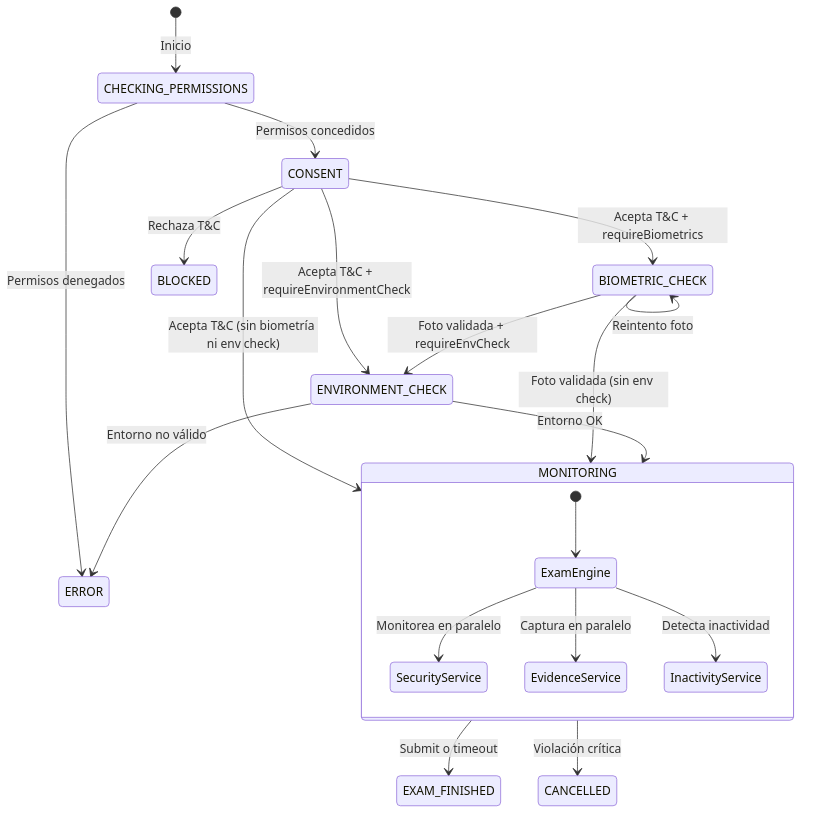
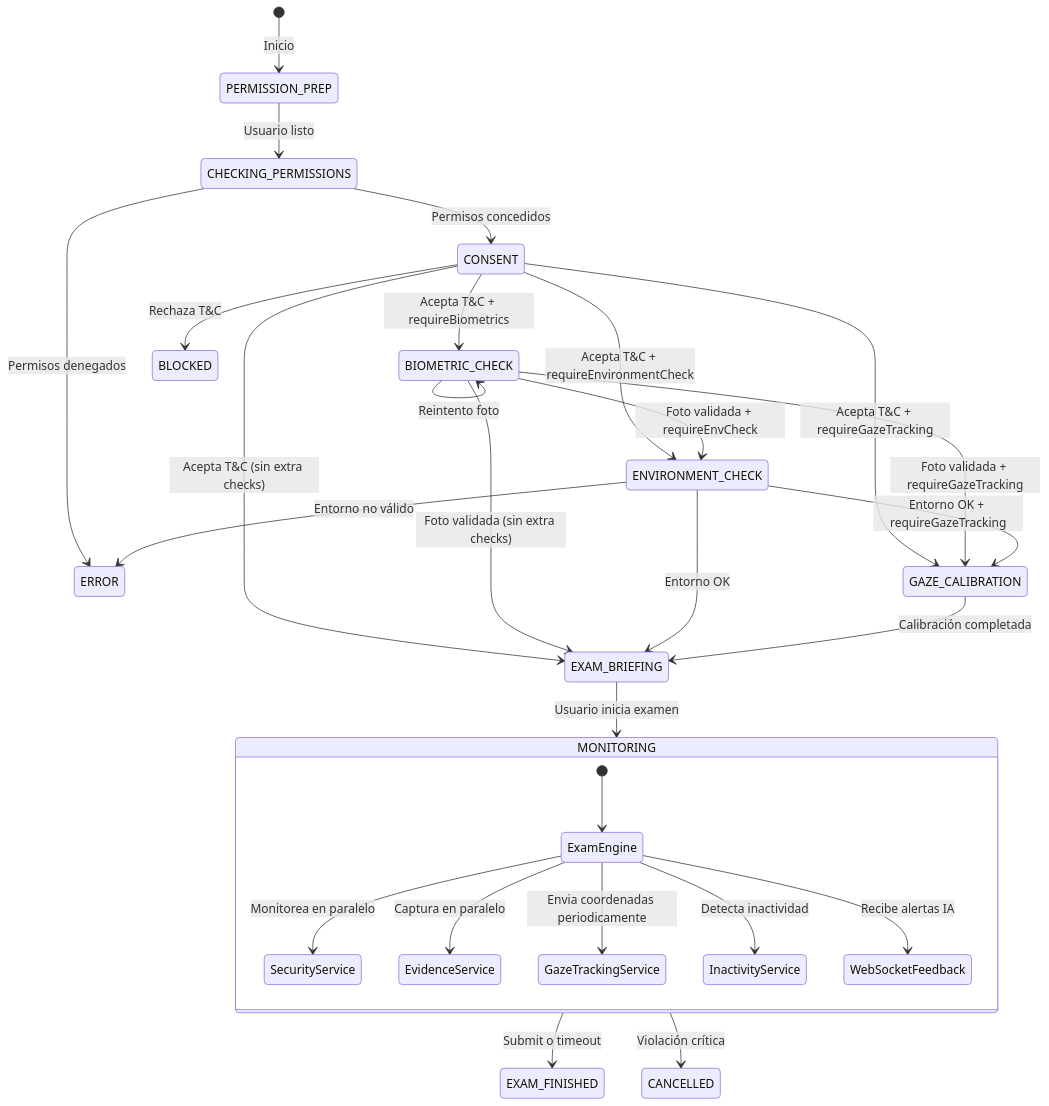
Before and after one commit to Yeyo-Dev/SUSIE: the fifth of 12 diagrams in FLUJO_COMPLETO_SUSIE.md, drawn with Mermaid. The commit also changed other lines of this file and 1 other file, not shown here.

Commit message:
feat: Implement gaze tracking, real-time AI alerts via WebSockets, and refine the pre-exam flow with permission preparation and exam briefing.

````diff
--- a/FLUJO_COMPLETO_SUSIE.md
+++ b/FLUJO_COMPLETO_SUSIE.md
@@ -109,29 +108,39 @@
 ```mermaid
 stateDiagram-v2
-    [*] --> CHECKING_PERMISSIONS: Inicio
+    [*] --> PERMISSION_PREP: Inicio
 
+    PERMISSION_PREP --> CHECKING_PERMISSIONS: Usuario listo
     CHECKING_PERMISSIONS --> CONSENT: Permisos concedidos
     CHECKING_PERMISSIONS --> ERROR: Permisos denegados
 
     CONSENT --> BIOMETRIC_CHECK: Acepta T&C + requireBiometrics
     CONSENT --> ENVIRONMENT_CHECK: Acepta T&C + requireEnvironmentCheck
-    CONSENT --> MONITORING: Acepta T&C (sin biometría ni env check)
+    CONSENT --> GAZE_CALIBRATION: Acepta T&C + requireGazeTracking
+    CONSENT --> EXAM_BRIEFING: Acepta T&C (sin extra checks)
     CONSENT --> BLOCKED: Rechaza T&C
 
     BIOMETRIC_CHECK --> ENVIRONMENT_CHECK: Foto validada + requireEnvCheck
-    BIOMETRIC_CHECK --> MONITORING: Foto validada (sin env check)
+    BIOMETRIC_CHECK --> GAZE_CALIBRATION: Foto validada + requireGazeTracking
+    BIOMETRIC_CHECK --> EXAM_BRIEFING: Foto validada (sin extra checks)
     BIOMETRIC_CHECK --> BIOMETRIC_CHECK: Reintento foto
 
-    ENVIRONMENT_CHECK --> MONITORING: Entorno OK
+    ENVIRONMENT_CHECK --> GAZE_CALIBRATION: Entorno OK + requireGazeTracking
+    ENVIRONMENT_CHECK --> EXAM_BRIEFING: Entorno OK
     ENVIRONMENT_CHECK --> ERROR: Entorno no válido
+    
+    GAZE_CALIBRATION --> EXAM_BRIEFING: Calibración completada
+
+    EXAM_BRIEFING --> MONITORING: Usuario inicia examen
 
     MONITORING --> EXAM_FINISHED: Submit o timeout
     MONITORING --> CANCELLED: Violación crítica
 
     state MONITORING {
         [*] --> ExamEngine
         ExamEngine --> SecurityService: Monitorea en paralelo
         ExamEngine --> EvidenceService: Captura en paralelo
+        ExamEngine --> GazeTrackingService: Envia coordenadas periodicamente
         ExamEngine --> InactivityService: Detecta inactividad
+        ExamEngine --> WebSocketFeedback: Recibe alertas IA
     }
 ```
````
